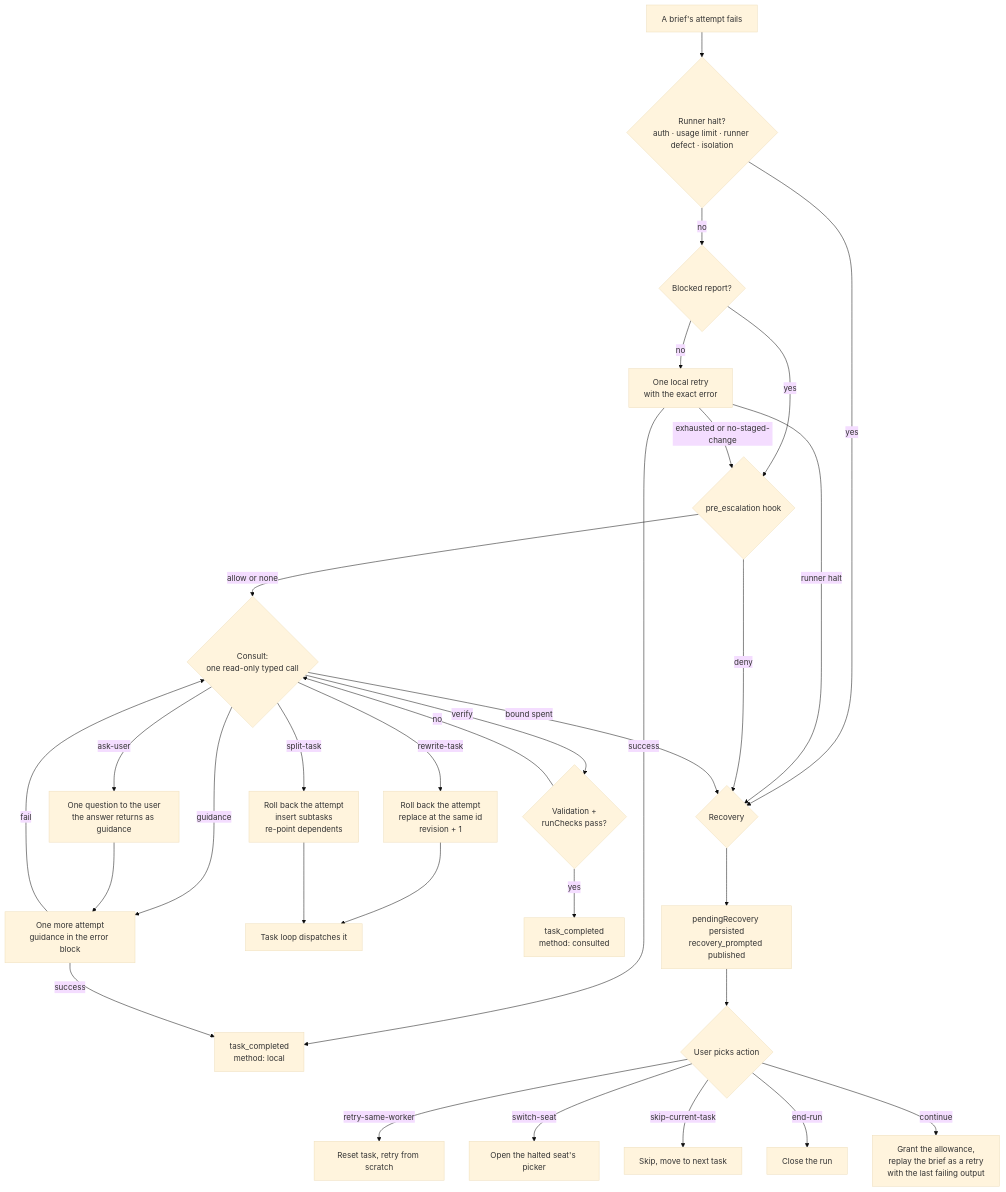
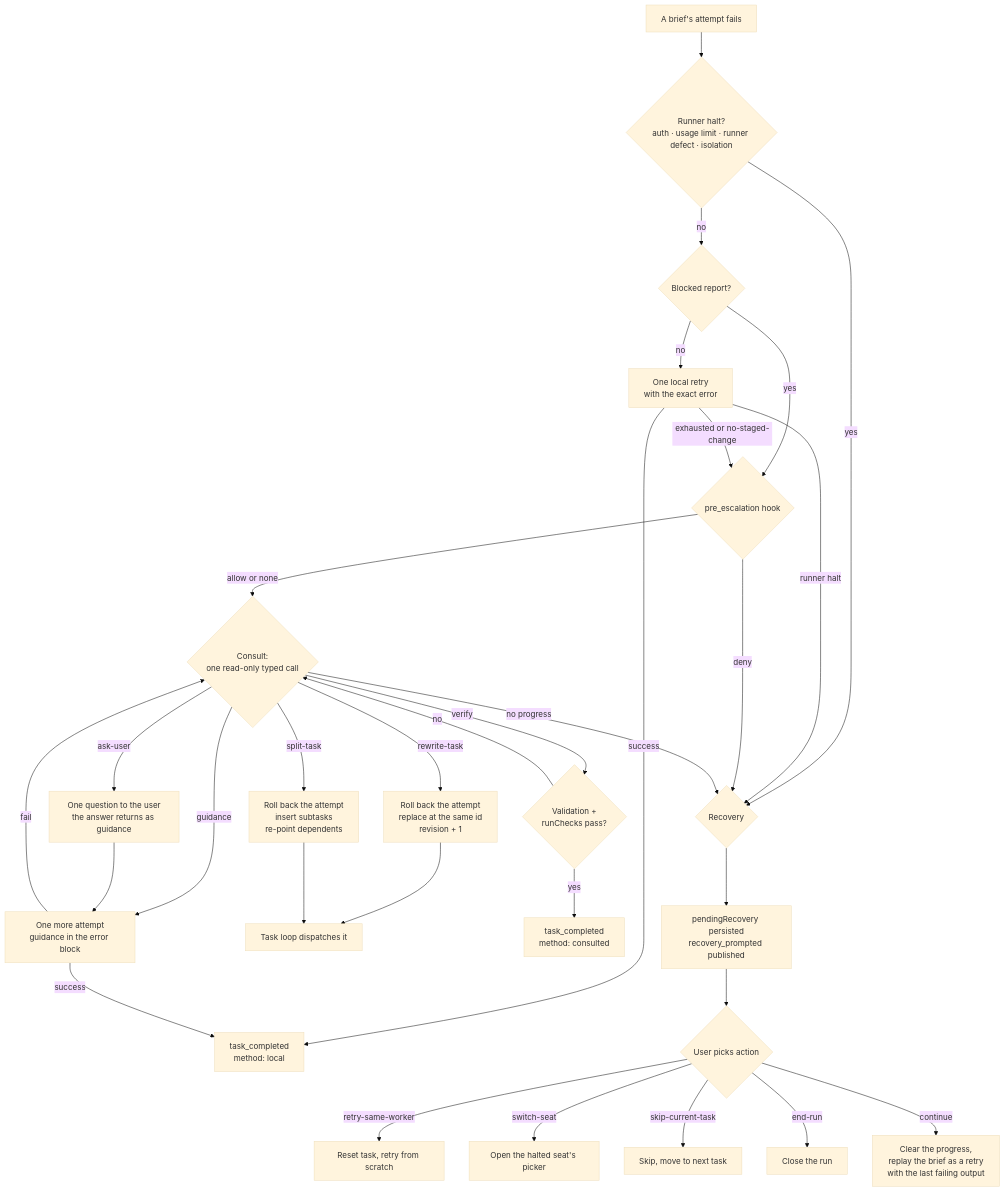
One commit to b4r7x/splitbrief changed the diagram in docs/APPROVAL-AND-RECOVERY.md. Above: the diagram before and after it, drawn with Mermaid (base theme). The commit also changed other lines of this file and 130 other files, not shown here.

First line of the commit message:
Ask the user only when the planner's answers stop moving a brief

````diff
--- a/docs/APPROVAL-AND-RECOVERY.md
+++ b/docs/APPROVAL-AND-RECOVERY.md
@@ -119,33 +119,33 @@
 ```mermaid
 flowchart TD
     F[A brief's attempt fails] --> H{Runner halt?<br/>auth · usage limit · runner defect · isolation}
     H -->|yes| REC{Recovery}
     H -->|no| B{Blocked report?}
     B -->|yes| HK{pre_escalation hook}
     B -->|no| LR[One local retry<br/>with the exact error]
     LR -->|success| DONE[task_completed<br/>method: local]
     LR -->|runner halt| REC
     LR -->|exhausted or no-staged-change| HK
     HK -->|deny| REC
     HK -->|allow or none| C{Consult:<br/>one read-only typed call}
     C -->|guidance| HR[One more attempt<br/>guidance in the error block]
     HR -->|success| DONE
     HR -->|fail| C
     C -->|rewrite-task| RW[Roll back the attempt<br/>replace at the same id<br/>revision + 1]
     RW --> LOOP[Task loop dispatches it]
     C -->|split-task| SP[Roll back the attempt<br/>insert subtasks<br/>re-point dependents]
     SP --> LOOP
     C -->|verify| V{Validation +<br/>runChecks pass?}
     V -->|yes| DONEC[task_completed<br/>method: consulted]
     V -->|no| C
     C -->|ask-user| ASK[One question to the user<br/>the answer returns as guidance]
     ASK --> HR
-    C -->|bound spent| REC
+    C -->|no progress| REC
     REC --> PROMPT[pendingRecovery persisted<br/>recovery_prompted published]
     PROMPT --> USER{User picks action}
     USER -->|retry-same-worker| RESET[Reset task, retry from scratch]
     USER -->|switch-seat| SWITCH[Open the halted seat's picker]
     USER -->|skip-current-task| SKIP[Skip, move to next task]
     USER -->|end-run| ABORT[Close the run]
-    USER -->|continue| CONT[Grant the allowance,<br/>replay the brief as a retry<br/>with the last failing output]
+    USER -->|continue| CONT[Clear the progress,<br/>replay the brief as a retry<br/>with the last failing output]
 ```
````
